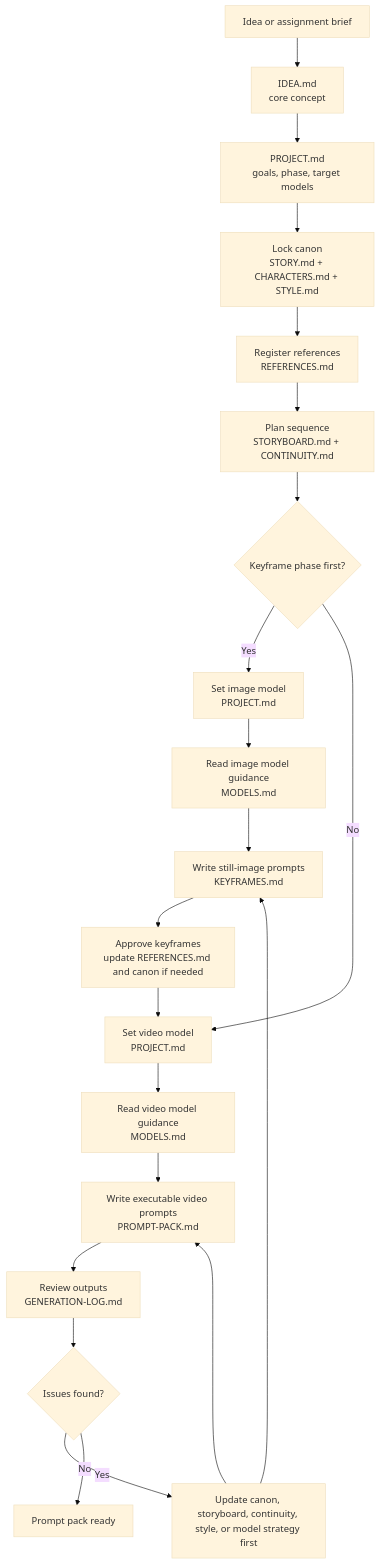
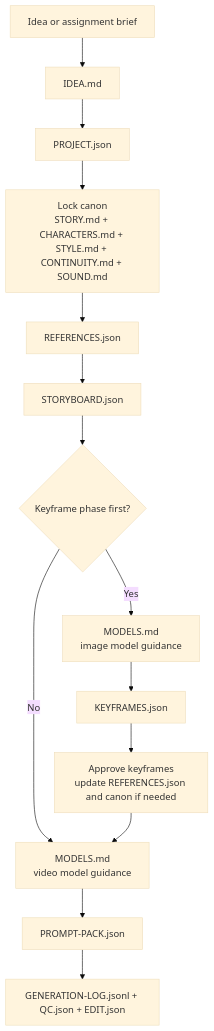
One commit to miklosme/video changed the diagram in README.md. Above: the diagram before and after it, drawn with Mermaid (base theme). The commit also changed other lines of this file and 23 other files, not shown here.

````diff
--- a/README.md
+++ b/README.md
@@ -95,27 +102,16 @@
 ```mermaid
 flowchart TD
-    A["Idea or assignment brief"] --> B["IDEA.md<br/>core concept"]
-    B --> C["PROJECT.md<br/>goals, phase, target models"]
-    C --> D["Lock canon<br/>STORY.md + CHARACTERS.md + STYLE.md"]
-    D --> E["Register references<br/>REFERENCES.md"]
-    E --> F["Plan sequence<br/>STORYBOARD.md + CONTINUITY.md"]
-
+    A["Idea or assignment brief"] --> B["IDEA.md"]
+    B --> C["PROJECT.json"]
+    C --> D["Lock canon<br/>STORY.md + CHARACTERS.md + STYLE.md + CONTINUITY.md + SOUND.md"]
+    D --> E["REFERENCES.json"]
+    E --> F["STORYBOARD.json"]
     F --> G{"Keyframe phase first?"}
-
-    G -->|Yes| H["Set image model<br/>PROJECT.md"]
-    H --> I["Read image model guidance<br/>MODELS.md"]
-    I --> J["Write still-image prompts<br/>KEYFRAMES.md"]
-    J --> K["Approve keyframes<br/>update REFERENCES.md and canon if needed"]
-
-    G -->|No| L["Set video model<br/>PROJECT.md"]
-    K --> L
-    L --> M["Read video model guidance<br/>MODELS.md"]
-    M --> N["Write executable video prompts<br/>PROMPT-PACK.md"]
-    N --> O["Review outputs<br/>GENERATION-LOG.md"]
-    O --> P{"Issues found?"}
-
-    P -->|Yes| Q["Update canon, storyboard, continuity, style, or model strategy first"]
-    Q --> J
-    Q --> N
-    P -->|No| R["Prompt pack ready"]
+    G -->|Yes| H["MODELS.md<br/>image model guidance"]
+    H --> I["KEYFRAMES.json"]
+    I --> J["Approve keyframes<br/>update REFERENCES.json and canon if needed"]
+    G -->|No| K["MODELS.md<br/>video model guidance"]
+    J --> K
+    K --> L["PROMPT-PACK.json"]
+    L --> M["GENERATION-LOG.jsonl + QC.json + EDIT.json"]
 ```
````
